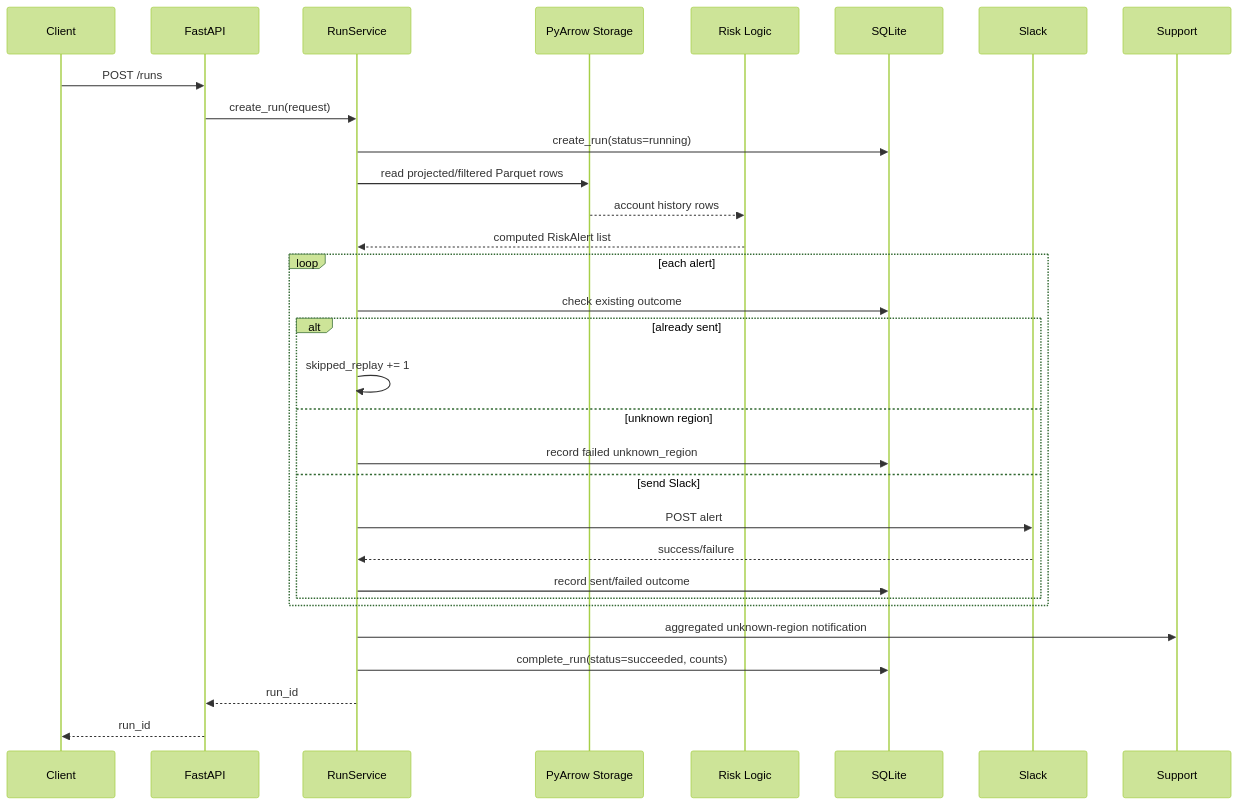
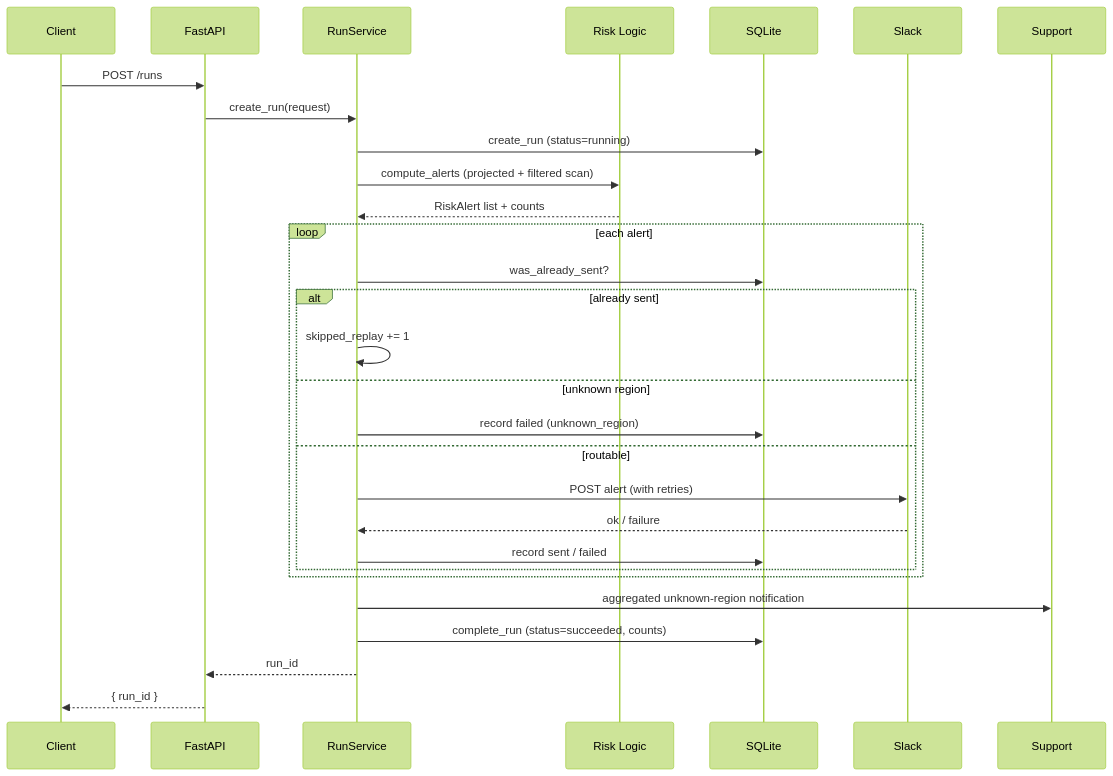
The diagram in README.md (usazehan/fde-take-home-risk-alerts), drawn with Mermaid (forest theme) before and after one commit. The commit also changed other lines of this file and 1 other file, not shown here.

````diff
--- a/README.md
+++ b/README.md
@@ -391,34 +270,32 @@
 ```mermaid
 sequenceDiagram
     participant Client
     participant API as FastAPI
     participant Service as RunService
-    participant Storage as PyArrow Storage
     participant Risk as Risk Logic
     participant DB as SQLite
     participant Slack
     participant Support
 
     Client->>API: POST /runs
     API->>Service: create_run(request)
-    Service->>DB: create_run(status=running)
-    Service->>Storage: read projected/filtered Parquet rows
-    Storage-->>Risk: account history rows
-    Risk-->>Service: computed RiskAlert list
+    Service->>DB: create_run (status=running)
+    Service->>Risk: compute_alerts (projected + filtered scan)
+    Risk-->>Service: RiskAlert list + counts
     loop each alert
-        Service->>DB: check existing outcome
+        Service->>DB: was_already_sent?
         alt already sent
             Service->>Service: skipped_replay += 1
         else unknown region
-            Service->>DB: record failed unknown_region
-        else send Slack
-            Service->>Slack: POST alert
-            Slack-->>Service: success/failure
-            Service->>DB: record sent/failed outcome
+            Service->>DB: record failed (unknown_region)
+        else routable
+            Service->>Slack: POST alert (with retries)
+            Slack-->>Service: ok / failure
+            Service->>DB: record sent / failed
         end
     end
     Service->>Support: aggregated unknown-region notification
-    Service->>DB: complete_run(status=succeeded, counts)
+    Service->>DB: complete_run (status=succeeded, counts)
     Service-->>API: run_id
-    API-->>Client: run_id
+    API-->>Client: { run_id }
 ```
````
